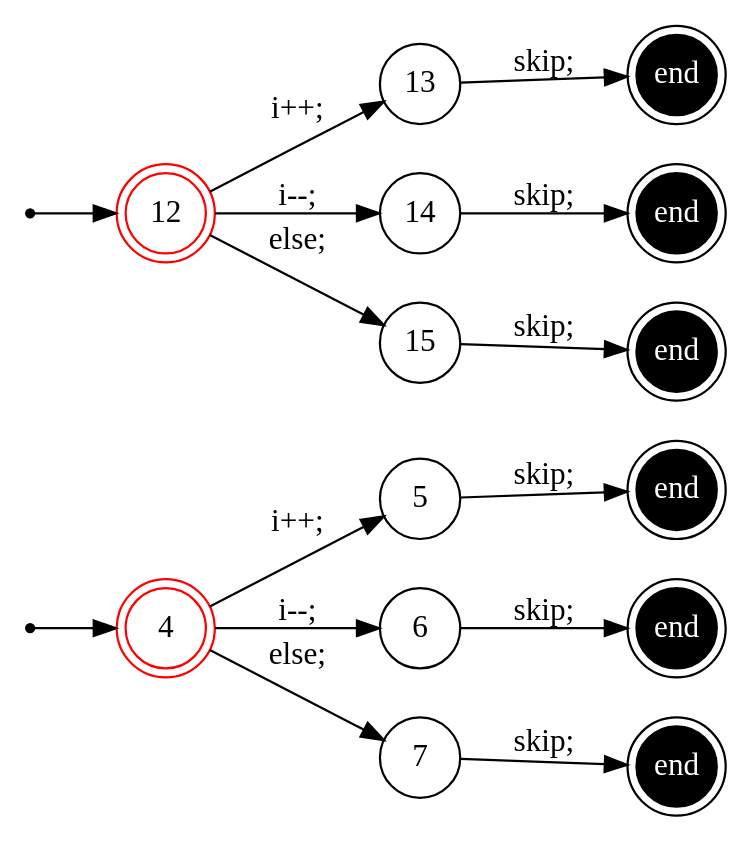
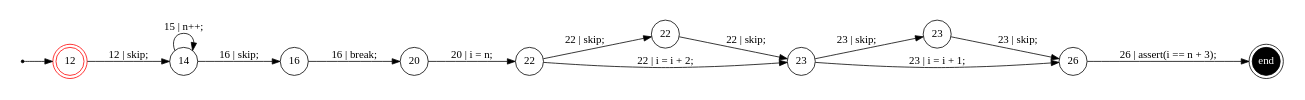
One commit to samilazregsuidi/Daedalux changed the diagram in trace/0.dot. Above: the diagram before and after it, drawn with Graphviz. The commit also changed 1036 other files, not shown here.

```diff
--- a/trace/0.dot
+++ b/trace/0.dot
@@ -1,34 +1,28 @@
 digraph finite_state_machine {
 	rankdir=LR
 	size="8,5"
-	93824994195920 [label = 4, shape = doublecircle, color = red, fixedsize = true]; 
-	s93824994195920 [shape = point];
-	93824994196080 [label = 12, shape = doublecircle, color = red, fixedsize = true]; 
-	s93824994196080 [shape = point];
-	e93824994196416 [shape = doublecircle, fixedsize = true, style = filled, fillcolor = black, fontcolor = white,  label = end];
-	e93824994197168 [shape = doublecircle, fixedsize = true, style = filled, fillcolor = black, fontcolor = white,  label = end];
-	e93824994197920 [shape = doublecircle, fixedsize = true, style = filled, fillcolor = black, fontcolor = white,  label = end];
-	e93824994198768 [shape = doublecircle, fixedsize = true, style = filled, fillcolor = black, fontcolor = white,  label = end];
-	e93824994199520 [shape = doublecircle, fixedsize = true, style = filled, fillcolor = black, fontcolor = white,  label = end];
-	e93824994200272 [shape = doublecircle, fixedsize = true, style = filled, fillcolor = black, fontcolor = white,  label = end];
-	 93824994196416 [label = 5, shape = circle, fixedsize = true ];
-	 93824994197168 [label = 6, shape = circle, fixedsize = true ];
-	 93824994197920 [label = 7, shape = circle, fixedsize = true ];
-	 93824994198768 [label = 13, shape = circle, fixedsize = true ];
-	 93824994199520 [label = 14, shape = circle, fixedsize = true ];
-	 93824994200272 [label = 15, shape = circle, fixedsize = true ];
-	s93824994195920 -> 93824994195920;
-	s93824994196080 -> 93824994196080;
-	93824994195920 -> 93824994196416 [ label = "i++; "];
-	93824994196416 -> e93824994196416 [ label = "skip; "];
-	93824994195920 -> 93824994197168 [ label = "i--; "];
-	93824994197168 -> e93824994197168 [ label = "skip; "];
-	93824994195920 -> 93824994197920 [ label = "else; "];
-	93824994197920 -> e93824994197920 [ label = "skip; "];
-	93824994196080 -> 93824994198768 [ label = "i++; "];
-	93824994198768 -> e93824994198768 [ label = "skip; "];
-	93824994196080 -> 93824994199520 [ label = "i--; "];
-	93824994199520 -> e93824994199520 [ label = "skip; "];
-	93824994196080 -> 93824994200272 [ label = "else; "];
-	93824994200272 -> e93824994200272 [ label = "skip; "];
+	93824994230640 [label = 12, shape = doublecircle, color = red, fixedsize = true]; 
+	s93824994230640 [shape = point];
+	e93824994234208 [shape = doublecircle, fixedsize = true, style = filled, fillcolor = black, fontcolor = white,  label = end];
+	 93824994230800 [label = 14, shape = circle, fixedsize = true ];
+	 93824994231936 [label = 16, shape = circle, fixedsize = true ];
+	 93824994231424 [label = 20, shape = circle, fixedsize = true ];
+	 93824994232336 [label = 22, shape = circle, fixedsize = true ];
+	 93824994233136 [label = 22, shape = circle, fixedsize = true ];
+	 93824994237552 [label = 23, shape = circle, fixedsize = true ];
+	 93824994234784 [label = 23, shape = circle, fixedsize = true ];
+	 93824994234208 [label = 26, shape = circle, fixedsize = true ];
+	s93824994230640 -> 93824994230640;
+	93824994230640 -> 93824994230800 [ label = "12 | skip; "];
+	93824994230800 -> 93824994230800 [ label = "15 | n++; "];
+	93824994230800 -> 93824994231936 [ label = "16 | skip; "];
+	93824994231936 -> 93824994231424 [ label = "16 | break; "];
+	93824994231424 -> 93824994232336 [ label = "20 | i = n; "];
+	93824994232336 -> 93824994237552 [ label = "22 | i = i + 2; "];
+	93824994232336 -> 93824994233136 [ label = "22 | skip; "];
+	93824994233136 -> 93824994237552 [ label = "22 | skip; "];
+	93824994237552 -> 93824994234208 [ label = "23 | i = i + 1; "];
+	93824994237552 -> 93824994234784 [ label = "23 | skip; "];
+	93824994234784 -> 93824994234208 [ label = "23 | skip; "];
+	93824994234208 -> e93824994234208 [ label = "26 | assert(i == n + 3); "];
 }
```
